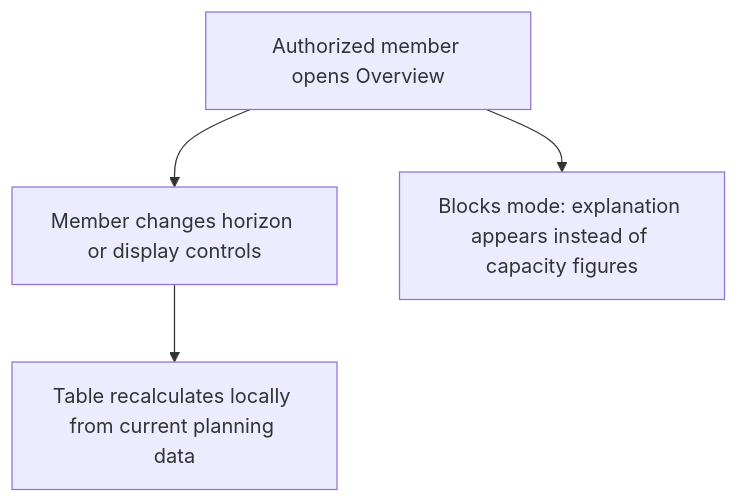
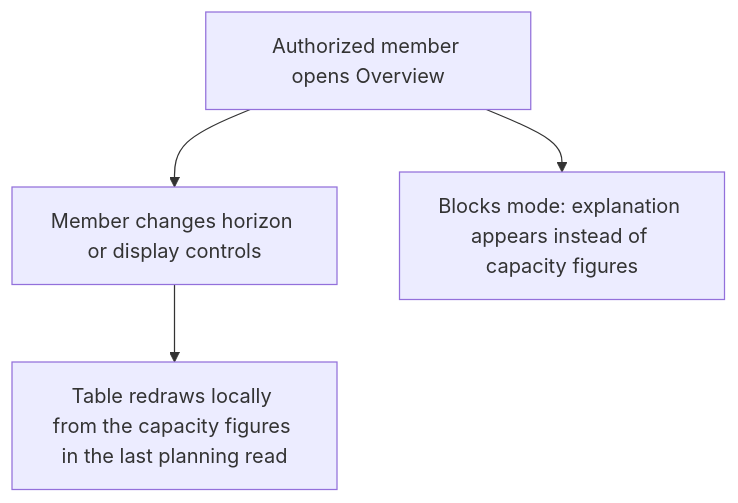
One commit to Kevinjohn/capacitylens changed the first of 2 diagrams in user-stories/capacity-overview/US-CAP-01-review-four-week-capacity.md. Above: the diagram before and after it, drawn with Mermaid. The commit also changed other lines of this file and 59 other files, not shown here.

First line of the commit message:
Draw the server's capacity figures in the scheduler and overview

````diff
--- a/user-stories/capacity-overview/US-CAP-01-review-four-week-capacity.md
+++ b/user-stories/capacity-overview/US-CAP-01-review-four-week-capacity.md
@@ -27,10 +27,10 @@
 ```mermaid
 flowchart TD
   A["Authorized member opens Overview"]
   B["Member changes horizon or display controls"]
-  C["Table recalculates locally from current planning data"]
+  C["Table redraws locally from the capacity figures in the last planning read"]
   D["Blocks mode: explanation appears instead of capacity figures"]
   A --> B
   B --> C
   A --> D
 ```
````
